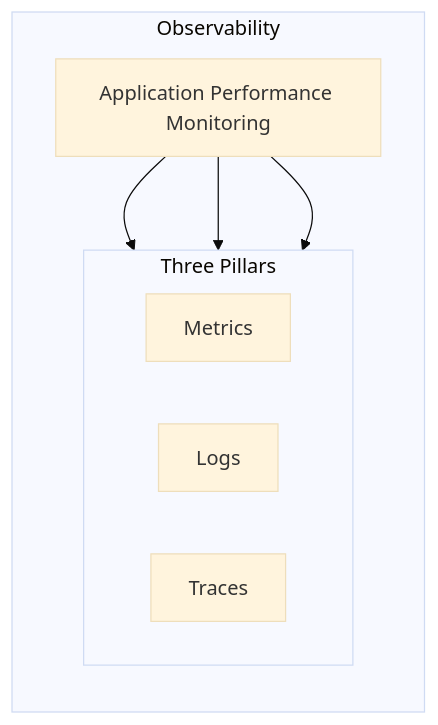
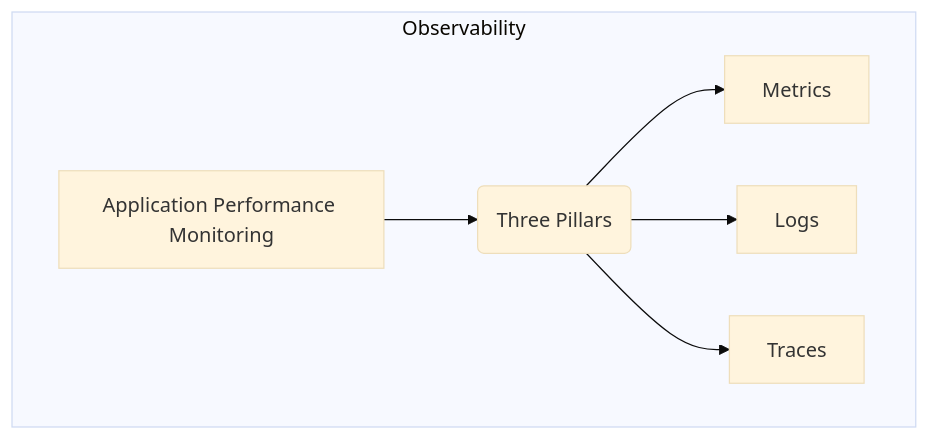
One commit to Kamal-nayan123/Dynatrace-course changed the diagram in Phase 1_ Foundations/1_Introduction_to_Observability_and_Monitoring.md. Above: the diagram before and after it, drawn with Mermaid (base theme). The commit also changed 10 other files, not shown here.

````diff
--- a/Phase 1_ Foundations/1_Introduction_to_Observability_and_Monitoring.md
+++ b/Phase 1_ Foundations/1_Introduction_to_Observability_and_Monitoring.md
@@ -27,15 +27,9 @@
 ```mermaid
 graph TD
     subgraph Observability
-        direction TB
-        subgraph "Three Pillars"
-            direction LR
-            M[Metrics]
-            L[Logs]
-            T[Traces]
-        end
-        APM[Application Performance Monitoring] --> M
-        APM --> L
-        APM --> T
+        APM[Application Performance Monitoring] --> Pillars(Three Pillars)
+        Pillars --> M[Metrics]
+        Pillars --> L[Logs]
+        Pillars --> T[Traces]
     end
 ```
````
